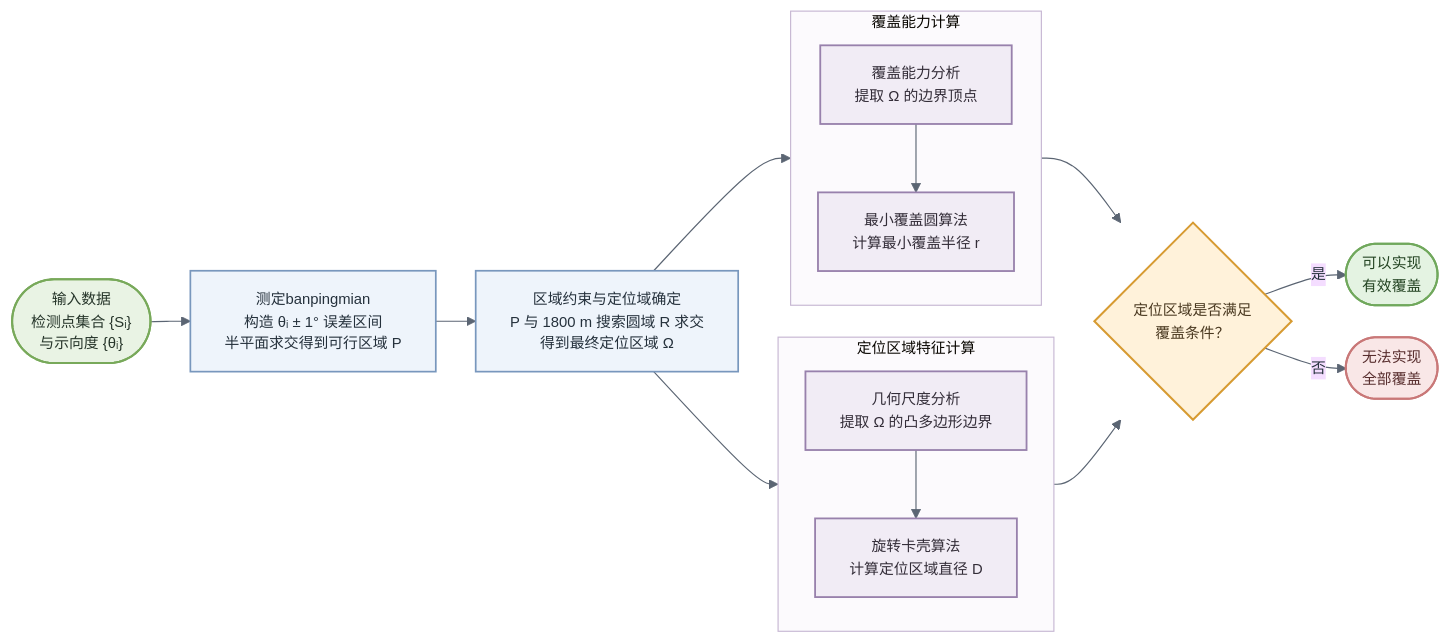
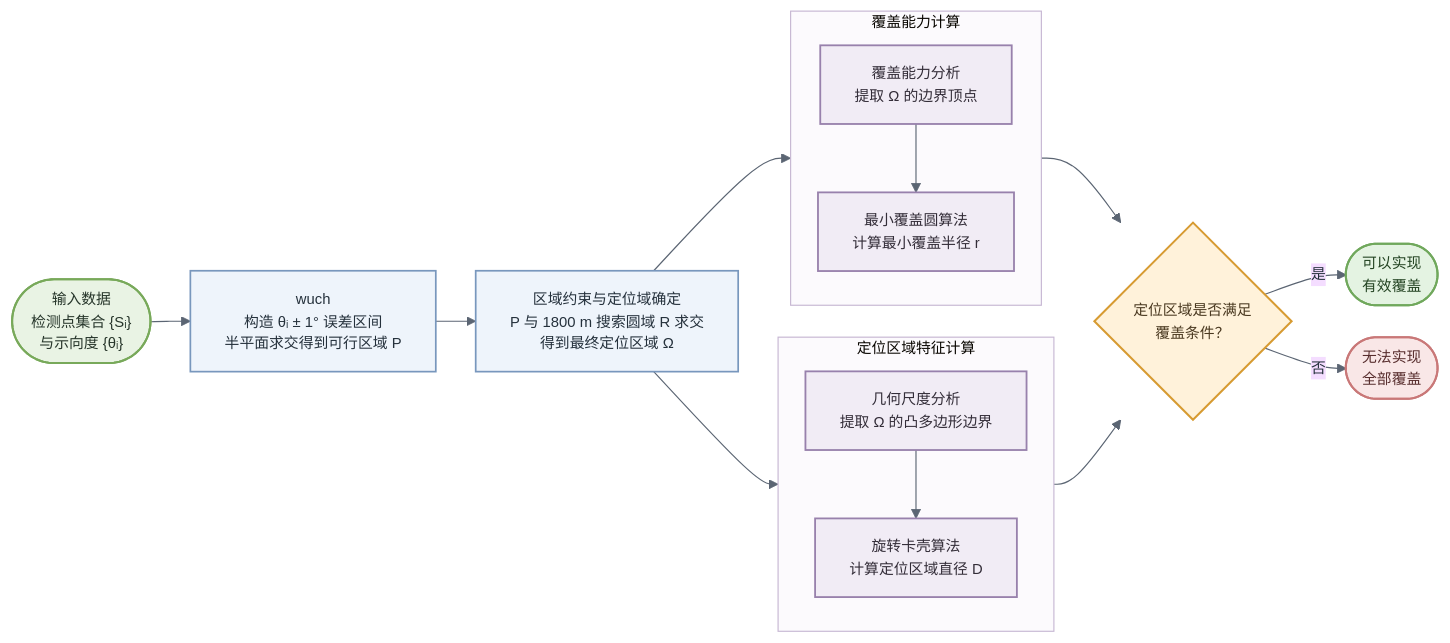
One commit to Kristine922/iodraw-files changed the diagram in all/未命名.md. Above: the diagram before and after it, drawn with Mermaid.

Commit message:
2026-09-11 18:54:54 update

```diff
--- a/all/未命名.md
+++ b/all/未命名.md
@@ -21,7 +21,7 @@
 %% =========================
 A(["输入数据<br/>检测点集合 {Sᵢ}<br/>与示向度 {θᵢ}"])
 
-B["测定banpingmian<br/>构造 θᵢ ± 1° 误差区间<br/>半平面求交得到可行区域 P"]
+B["wuch<br/>构造 θᵢ ± 1° 误差区间<br/>半平面求交得到可行区域 P"]
 
 C["区域约束与定位域确定<br/>P 与 1800 m 搜索圆域 R 求交<br/>得到最终定位区域 Ω"]
 
```
